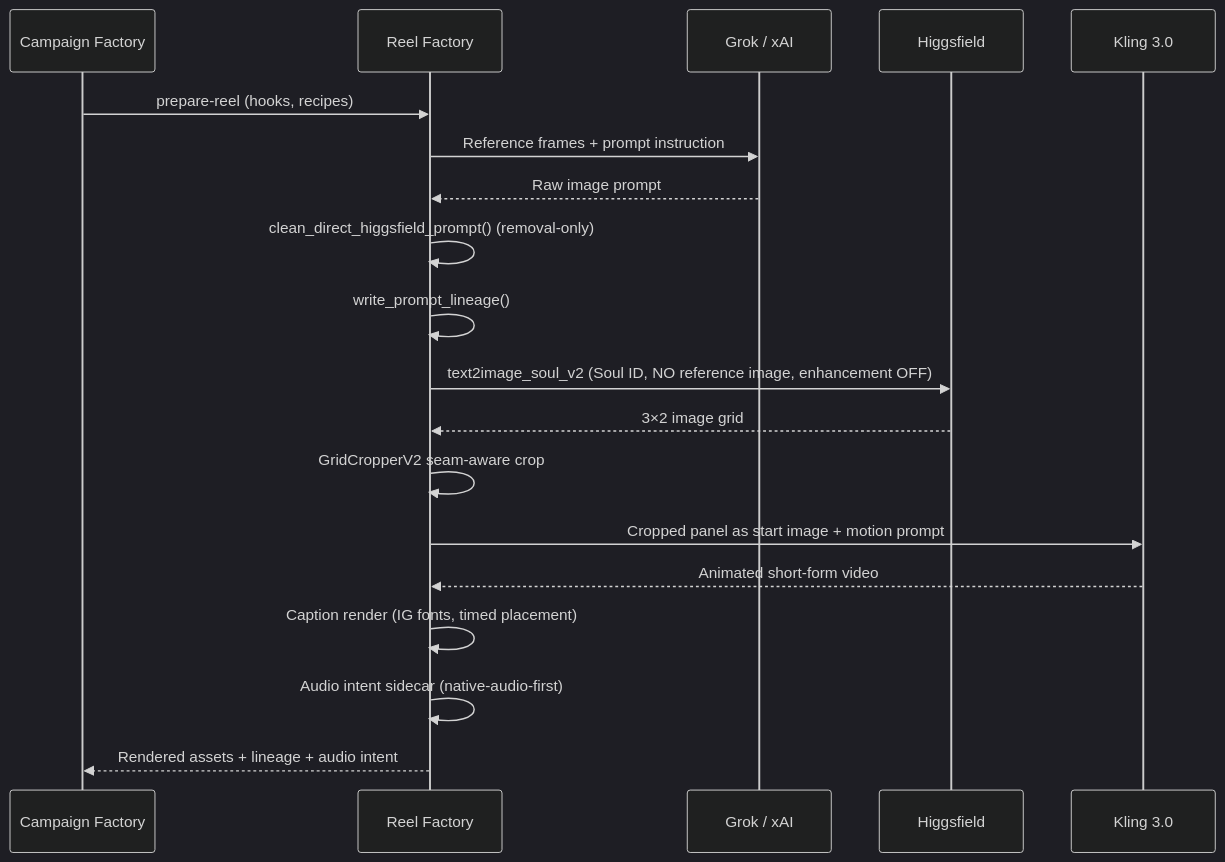
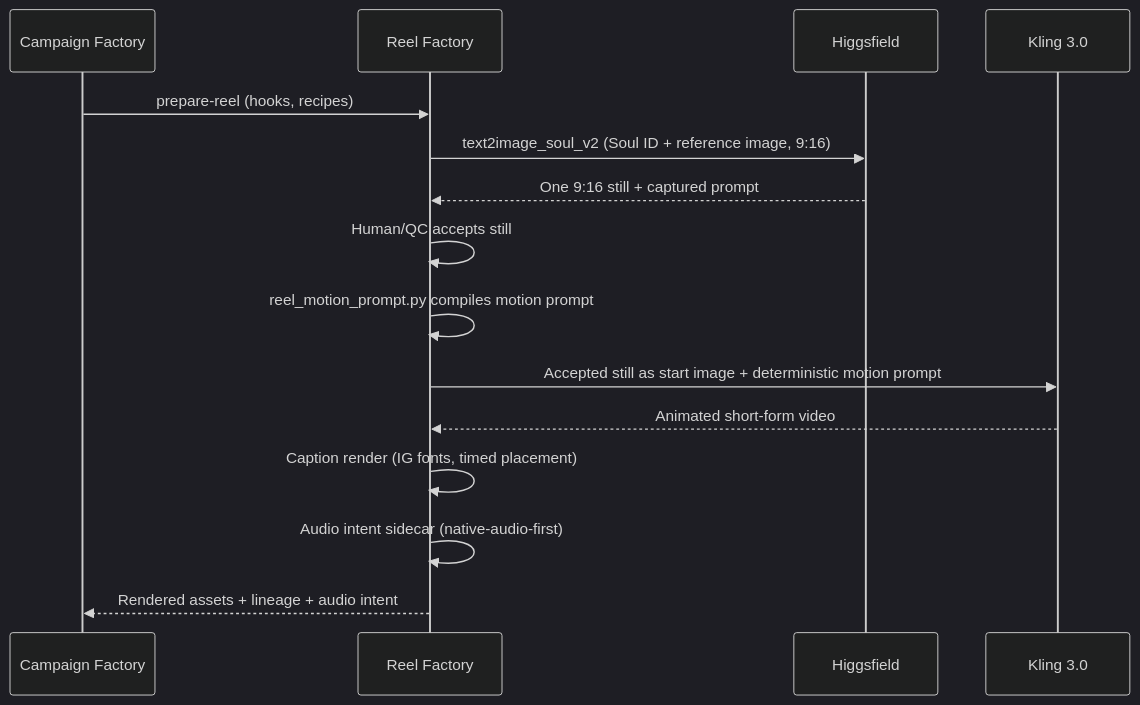
The third of 5 diagrams in ARCHITECTURE.md (adersouza/creator-os), drawn with Mermaid (dark theme) before and after one commit. The commit also changed other lines of this file and 173 other files, not shown here.

````diff
--- a/ARCHITECTURE.md
+++ b/ARCHITECTURE.md
@@ -124,22 +122,18 @@
 ```mermaid
 sequenceDiagram
     participant CF as Campaign Factory
     participant RF as Reel Factory
-    participant Grok as Grok / xAI
     participant HF as Higgsfield
     participant Kling as Kling 3.0
 
     CF->>RF: prepare-reel (hooks, recipes)
-    RF->>Grok: Reference frames + prompt instruction
-    Grok-->>RF: Raw image prompt
-    RF->>RF: clean_direct_higgsfield_prompt() (removal-only)
-    RF->>RF: write_prompt_lineage()
-    RF->>HF: text2image_soul_v2 (Soul ID, NO reference image, enhancement OFF)
-    HF-->>RF: 3×2 image grid
-    RF->>RF: GridCropperV2 seam-aware crop
-    RF->>Kling: Cropped panel as start image + motion prompt
+    RF->>HF: text2image_soul_v2 (Soul ID + reference image, 9:16)
+    HF-->>RF: One 9:16 still + captured prompt
+    RF->>RF: Human/QC accepts still
+    RF->>RF: reel_motion_prompt.py compiles motion prompt
+    RF->>Kling: Accepted still as start image + deterministic motion prompt
     Kling-->>RF: Animated short-form video
     RF->>RF: Caption render (IG fonts, timed placement)
     RF->>RF: Audio intent sidecar (native-audio-first)
     RF-->>CF: Rendered assets + lineage + audio intent
 ```
````
